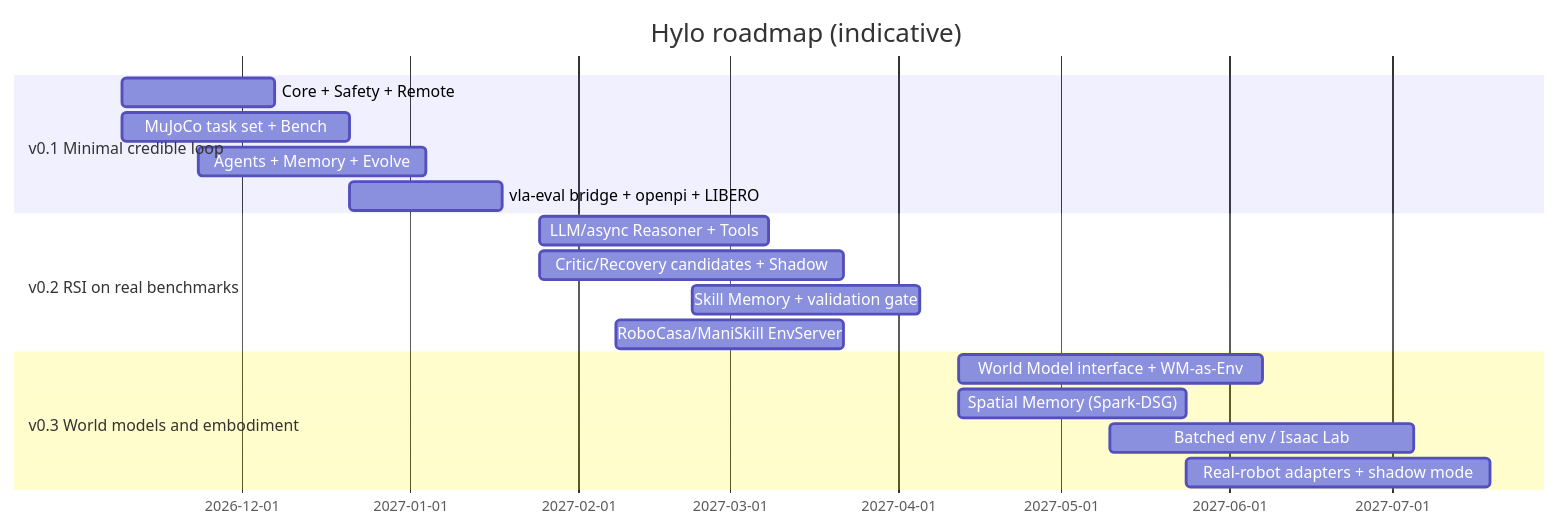
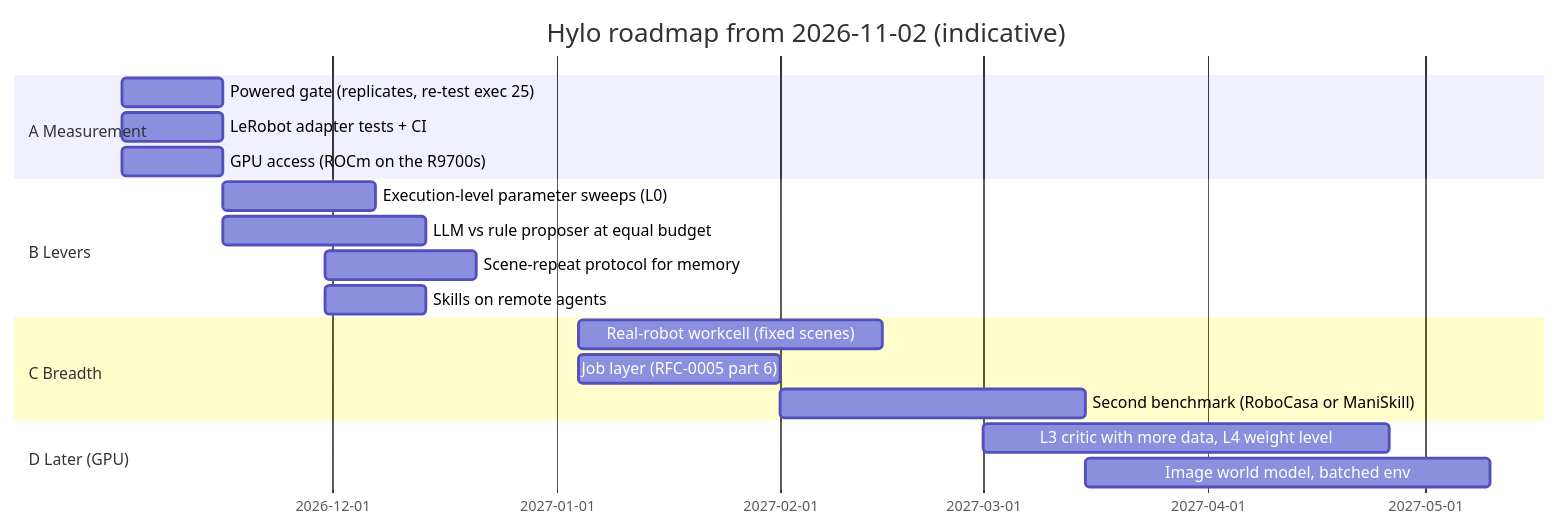
The diagram in docs/design/roadmap.md (HyloAI/hylo-docs), drawn with Mermaid before and after one commit. The commit also changed other lines of this file and 9 other files, not shown here.

First line of the commit message:
Roadmap from the current state; RFC-0005 part 5 implemented; plugin verification round

````diff
--- a/docs/design/roadmap.md
+++ b/docs/design/roadmap.md
@@ -5,20 +52,21 @@
 ```mermaid
 gantt
   dateFormat  YYYY-MM-DD
-  title Hylo roadmap (indicative)
-  section v0.1 Minimal credible loop
-  Core + Safety + Remote          :a1, 2026-11-09, 4w
-  MuJoCo task set + Bench          :a2, 2026-11-09, 6w
-  Agents + Memory + Evolve        :a3, 2026-11-23, 6w
-  vla-eval bridge + openpi + LIBERO :a4, 2026-12-21, 4w
-  section v0.2 RSI on real benchmarks
-  LLM/async Reasoner + Tools       :b1, 2027-01-25, 6w
-  Critic/Recovery candidates + Shadow   :b2, 2027-01-25, 8w
-  Skill Memory + validation gate            :b3, 2027-02-22, 6w
-  RoboCasa/ManiSkill EnvServer    :b4, 2027-02-08, 6w
-  section v0.3 World models and embodiment
-  World Model interface + WM-as-Env     :c1, 2027-04-12, 8w
-  Spatial Memory (Spark-DSG)      :c2, 2027-04-12, 6w
-  Batched env / Isaac Lab         :c3, 2027-05-10, 8w
-  Real-robot adapters + shadow mode            :c4, 2027-05-24, 8w
+  title Hylo roadmap from 2026-11-02 (indicative)
+  section A Measurement
+  Powered gate (replicates, re-test exec 25) :a1, 2026-11-02, 2w
+  LeRobot adapter tests + CI                 :a2, 2026-11-02, 2w
+  GPU access (ROCm on the R9700s)            :a3, 2026-11-02, 2w
+  section B Levers
+  Execution-level parameter sweeps (L0)       :b1, 2026-11-16, 3w
+  LLM vs rule proposer at equal budget       :b2, 2026-11-16, 4w
+  Scene-repeat protocol for memory           :b3, 2026-11-30, 3w
+  Skills on remote agents                    :b4, 2026-11-30, 2w
+  section C Breadth
+  Real-robot workcell (fixed scenes)          :c1, 2027-01-04, 6w
+  Job layer (RFC-0005 part 6)                :c2, 2027-01-04, 4w
+  Second benchmark (RoboCasa or ManiSkill)    :c3, 2027-02-01, 6w
+  section D Later (GPU)
+  L3 critic with more data, L4 weight level   :d1, 2027-03-01, 8w
+  Image world model, batched env             :d2, 2027-03-15, 8w
 ```
````
